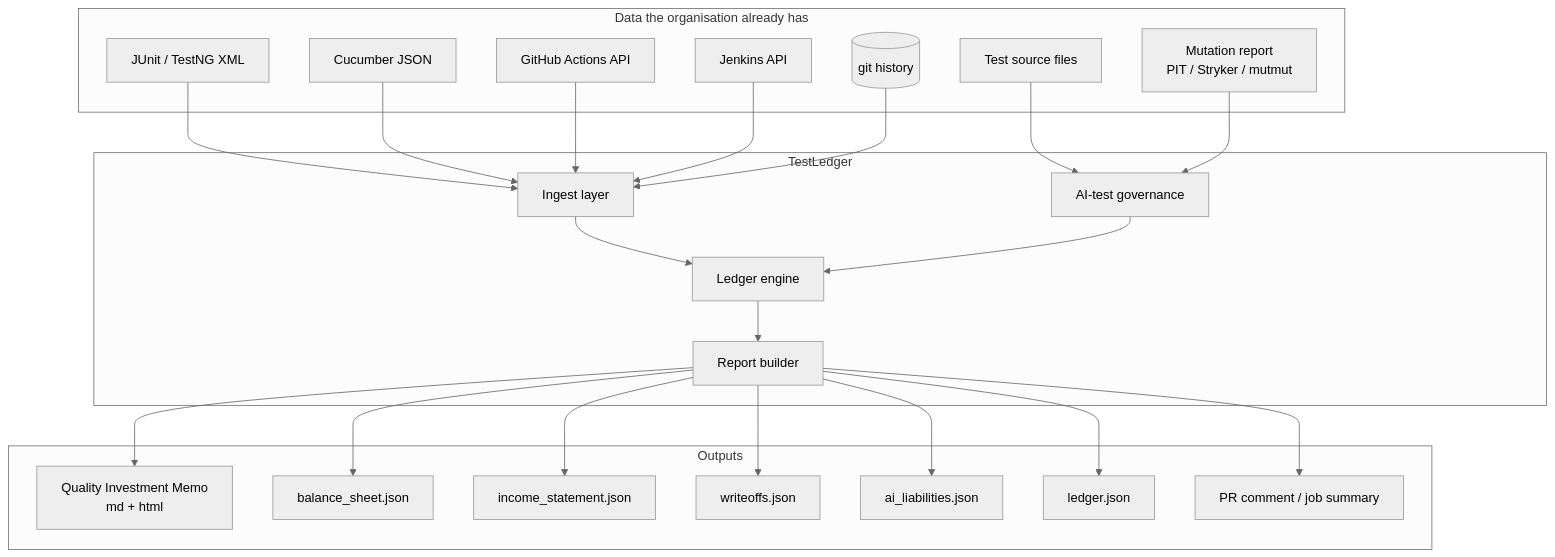
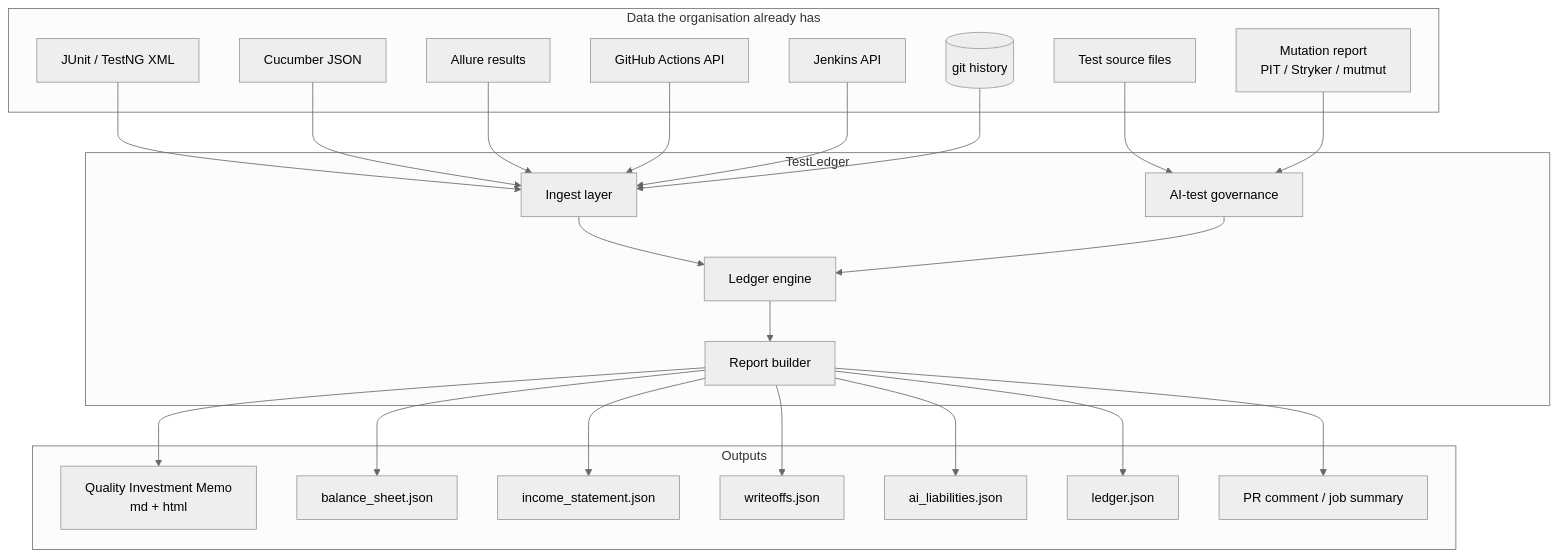
One commit to Contributerr27/testledger changed the first of 9 diagrams in docs/design.md. Above: the diagram before and after it, drawn with Mermaid (neutral theme). The commit also changed other lines of this file and 15 other files, not shown here.

First line of the commit message:
Add an Allure results parser (#24)

````diff
--- a/docs/design.md
+++ b/docs/design.md
@@ -31,34 +31,35 @@
 ```mermaid
 flowchart TB
   subgraph Sources["Data the organisation already has"]
     J[JUnit / TestNG XML]
     C[Cucumber JSON]
+    AL[Allure results]
     GH[GitHub Actions API]
     JK[Jenkins API]
     GIT[(git history)]
     SRC[Test source files]
     MUT[Mutation report<br/>PIT / Stryker / mutmut]
   end
   subgraph TL["TestLedger"]
     ING[Ingest layer]
     ENG[Ledger engine]
     AI[AI-test governance]
     REP[Report builder]
   end
   subgraph Out["Outputs"]
     MEMO[Quality Investment Memo<br/>md + html]
     BS[balance_sheet.json]
     IS[income_statement.json]
     WO[writeoffs.json]
     AIL[ai_liabilities.json]
     LJ[ledger.json]
     PR[PR comment / job summary]
   end
-  J & C & GH & JK --> ING
+  J & C & AL & GH & JK --> ING
   GIT --> ING
   SRC & MUT --> AI
   ING --> ENG
   AI --> ENG
   ENG --> REP
   REP --> MEMO & BS & IS & WO & AIL & LJ & PR
 ```
````
